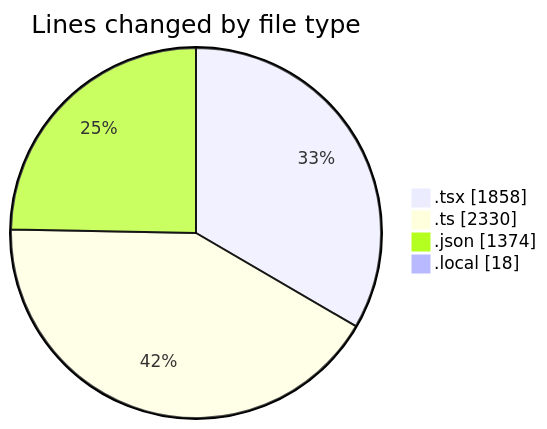
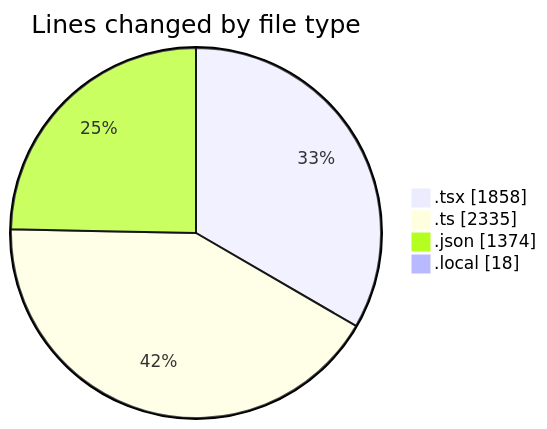
The first of 2 diagrams in 2025-10-16/eventscop-frontend-guide__workspace_/README.md (julien-gomy/code-tracking), drawn with Mermaid before and after one commit. The commit also changed other lines of this file and 1 other file, not shown here.

````diff
--- a/2025-10-16/eventscop-frontend-guide__workspace_/README.md
+++ b/2025-10-16/eventscop-frontend-guide__workspace_/README.md
@@ -51,8 +51,8 @@
 ```mermaid
 pie showData
 title Lines changed by file type
 ".tsx" : 1858
-".ts" : 2330
+".ts" : 2335
 ".json" : 1374
 ".local" : 18
 ```
````
